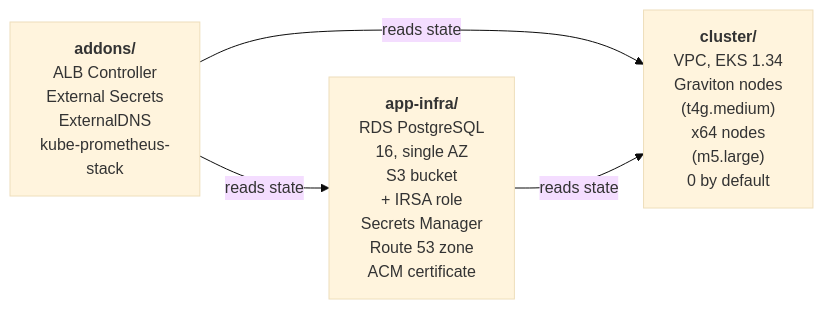
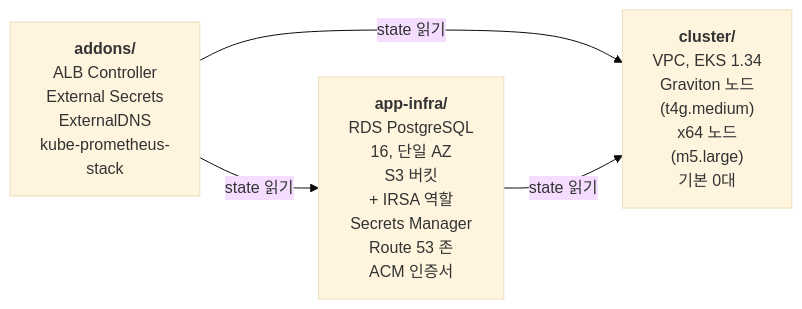
One commit to Bluecode77732/Upload-Board-Project changed the fourth of 4 diagrams in README.md. Above: the diagram before and after it, drawn with Mermaid (base theme). The commit also changed other lines of this file and 5 other files, not shown here.

````diff
--- a/README.md
+++ b/README.md
@@ -206,9 +205,9 @@
 ```mermaid
 flowchart LR
   D["<b>addons/</b><br/>ALB Controller<br/>External Secrets<br/>ExternalDNS<br/>kube-prometheus-<br/>stack"]
-  A["<b>app-infra/</b><br/>RDS PostgreSQL<br/>16, single AZ<br/>S3 bucket<br/>+ IRSA role<br/>Secrets Manager<br/>Route 53 zone<br/>ACM certificate"]
-  C["<b>cluster/</b><br/>VPC, EKS 1.34<br/>Graviton nodes<br/>(t4g.medium)<br/>x64 nodes<br/>(m5.large)<br/>0 by default"]
-  D -- "reads state" --> A
-  D -- "reads state" --> C
-  A -- "reads state" --> C
+  A["<b>app-infra/</b><br/>RDS PostgreSQL<br/>16, 단일 AZ<br/>S3 버킷<br/>+ IRSA 역할<br/>Secrets Manager<br/>Route 53 존<br/>ACM 인증서"]
+  C["<b>cluster/</b><br/>VPC, EKS 1.34<br/>Graviton 노드<br/>(t4g.medium)<br/>x64 노드<br/>(m5.large)<br/>기본 0대"]
+  D -- "state 읽기" --> A
+  D -- "state 읽기" --> C
+  A -- "state 읽기" --> C
 ```
````
